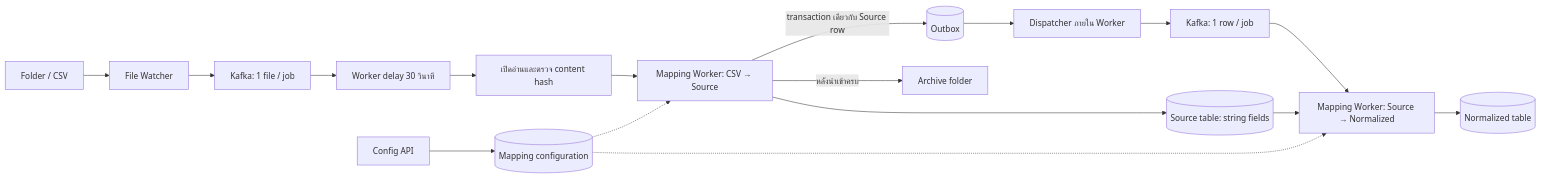
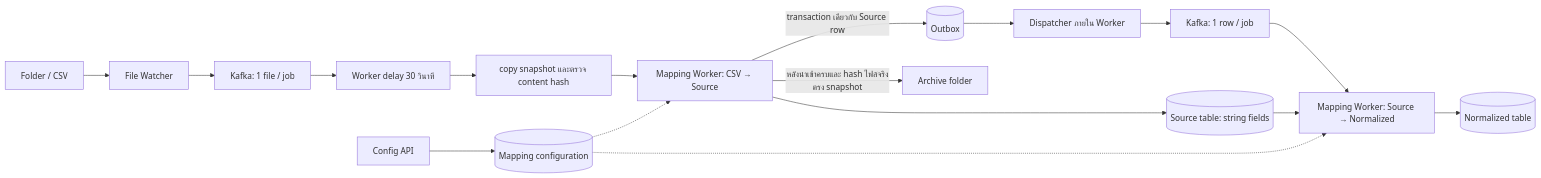
One commit to PatiphanBM/mapping-demo changed the diagram in docs/demo-plan.md. Above: the diagram before and after it, drawn with Mermaid. The commit also changed other lines of this file and 2 other files, not shown here.

````diff
--- a/docs/demo-plan.md
+++ b/docs/demo-plan.md
@@ -104,19 +104,19 @@
 ```mermaid
 flowchart LR
     F[Folder / CSV] --> W[File Watcher]
     W --> K1[Kafka: 1 file / job]
     K1 --> R[Worker delay 30 วินาที]
-    R --> H[เปิดอ่านและตรวจ content hash]
+    R --> H[copy snapshot และตรวจ content hash]
     H --> M1[Mapping Worker: CSV → Source]
     M1 --> S[(Source table: string fields)]
     M1 -->|transaction เดียวกับ Source row| O[(Outbox)]
     O --> D[Dispatcher ภายใน Worker]
     D --> K2[Kafka: 1 row / job]
-    M1 -->|หลังนำเข้าครบ| AR[Archive folder]
+    M1 -->|หลังนำเข้าครบและ hash ไฟล์จริงตรง snapshot| AR[Archive folder]
     K2 --> M2[Mapping Worker: Source → Normalized]
     S --> M2
     M2 --> N[(Normalized table)]
     A[Config API] --> C[(Mapping configuration)]
     C -.-> M1
     C -.-> M2
 ```
````
